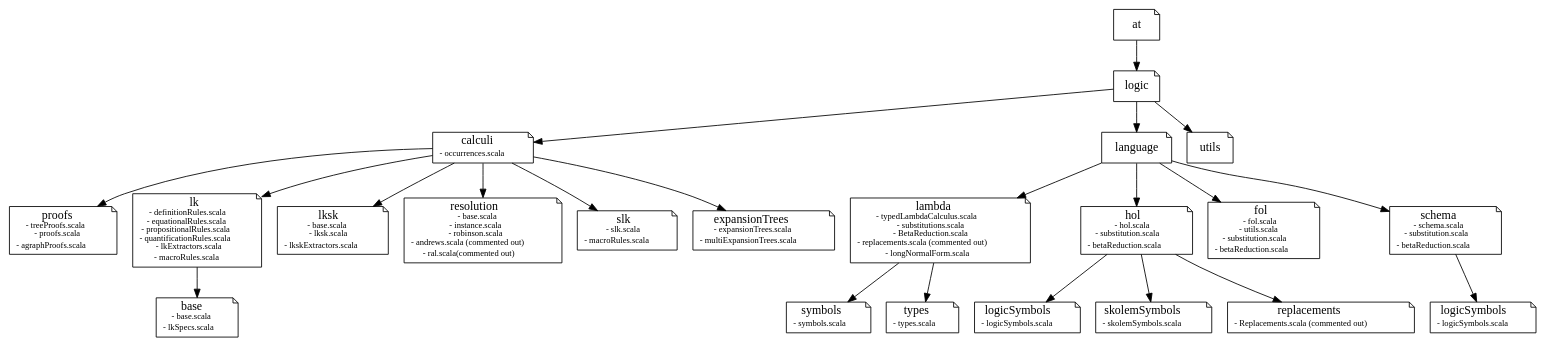
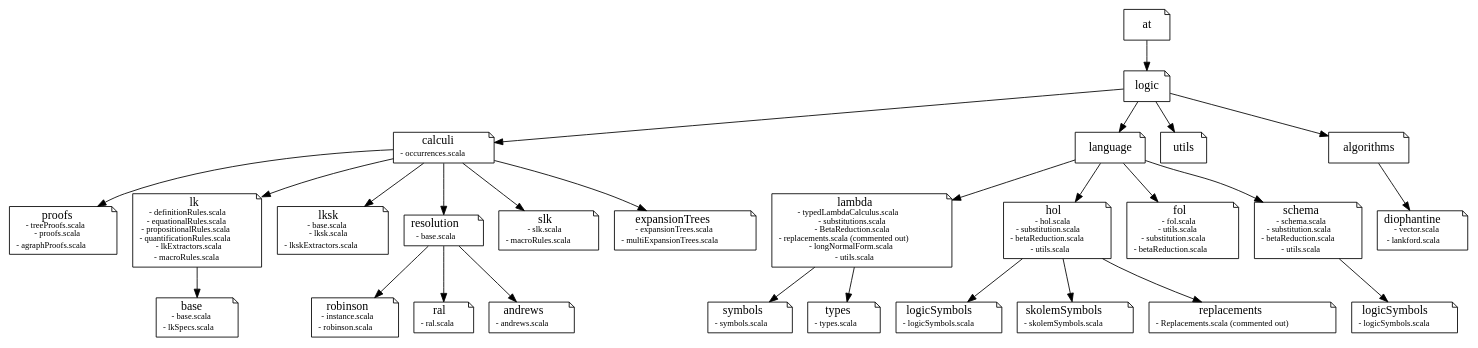
One commit to mschlaipfer/gapt changed the diagram in doc/packages.gv. Above: the diagram before and after it, drawn with Graphviz. The commit also changed 2 other files, not shown here.

```diff
--- a/doc/packages.gv
+++ b/doc/packages.gv
@@ -1,41 +1,50 @@
 # Command: dot packages.gv -Tpng > packages.png
 
 digraph G {
   node [shape=note];
-  lambda [label=< lambda<br/><font point-size="10pt">- typedLambdaCalculus.scala<br/>- substitutions.scala<br/>- BetaReduction.scala<br/>- replacements.scala (commented out)<br/>- longNormalForm.scala</font> >]
+  lambda [label=< lambda<br/><font point-size="10pt">- typedLambdaCalculus.scala<br/>- substitutions.scala<br/>- BetaReduction.scala<br/>- replacements.scala (commented out)<br/>- longNormalForm.scala<br/>- utils.scala</font> >]
   symbols [label=< symbols<br/><font point-size="10pt">- symbols.scala</font> >]
   types [label=< types<br/><font point-size="10pt">- types.scala</font> >]
-  hol [label=< hol<br/><font point-size="10pt">- hol.scala<br/>- substitution.scala<br/>- betaReduction.scala</font> >]
+  hol [label=< hol<br/><font point-size="10pt">- hol.scala<br/>- substitution.scala<br/>- betaReduction.scala<br/>- utils.scala</font> >]
   logicSymbols [label=< logicSymbols<br/><font point-size="10pt">- logicSymbols.scala</font> >]
   skolemSymbols [label=< skolemSymbols<br/><font point-size="10pt">- skolemSymbols.scala</font> >]
   replacements [label=< replacements<br/><font point-size="10pt">- Replacements.scala (commented out)</font> >]
   fol [label=< fol<br/><font point-size="10pt">- fol.scala<br/>- utils.scala<br/>- substitution.scala<br/>- betaReduction.scala</font> >]
-  schema [label=< schema<br/><font point-size="10pt">- schema.scala<br/>- substitution.scala<br/>- betaReduction.scala</font> >]
+  schema [label=< schema<br/><font point-size="10pt">- schema.scala<br/>- substitution.scala<br/>- betaReduction.scala<br/>- utils.scala</font> >]
   logicSymbols_schema [label=< logicSymbols<br/><font point-size="10pt">- logicSymbols.scala</font> >]
   calculi [label=< calculi<br/><font point-size="10pt">- occurrences.scala</font> >]
   proofs [label=< proofs<br/><font point-size="10pt">- treeProofs.scala<br/>- proofs.scala<br/>- agraphProofs.scala</font> >]
   lk [label=< lk<br/><font point-size="10pt">- definitionRules.scala<br/>- equationalRules.scala<br/>- propositionalRules.scala<br/>- quantificationRules.scala<br/>- lkExtractors.scala<br/>- macroRules.scala</font> >]
   base [label=< base<br/><font point-size="10pt">- base.scala<br/>- lkSpecs.scala</font> >]
   lksk [label=< lksk<br/><font point-size="10pt">- base.scala<br/>- lksk.scala<br/>- lkskExtractors.scala</font> >]
-  resolution [label=< resolution<br/><font point-size="10pt">- base.scala<br/>- instance.scala<br/>- robinson.scala<br/>- andrews.scala (commented out)<br/>- ral.scala(commented out)</font> >]
+  resolution [label=< resolution<br/><font point-size="10pt">- base.scala</font> >]
+  robinson [label=< robinson<br/><font point-size="10pt">- instance.scala<br/>- robinson.scala</font> >]
+  ral [label=< ral<br/><font point-size="10pt">- ral.scala</font> >]
+  andrews [label=< andrews<br/><font point-size="10pt">- andrews.scala</font> >]
   slk [label=< slk<br/><font point-size="10pt">- slk.scala<br/>- macroRules.scala</font> >]
   expansionTrees [label=< expansionTrees<br/><font point-size="10pt">- expansionTrees.scala<br/>- multiExpansionTrees.scala</font> >]
+  diophantine [label=< diophantine<br/><font point-size="10pt">- vector.scala<br/>- lankford.scala</font> >]
   at -> logic -> language -> lambda -> symbols;
   lambda -> types;
   language -> hol;
   hol -> logicSymbols;
   hol -> skolemSymbols;
   hol -> replacements;
   language -> fol;
   language -> schema;
   schema -> logicSymbols_schema;
   logic -> utils;
   logic -> calculi;
   calculi -> proofs;
   calculi -> lk;
   lk -> base;
   calculi -> lksk;
   calculi -> resolution;
+  resolution -> robinson;
+  resolution -> andrews;
+  resolution -> ral;
   calculi -> slk;
   calculi -> expansionTrees;
+  logic -> algorithms;
+  algorithms -> diophantine;
 }
```
